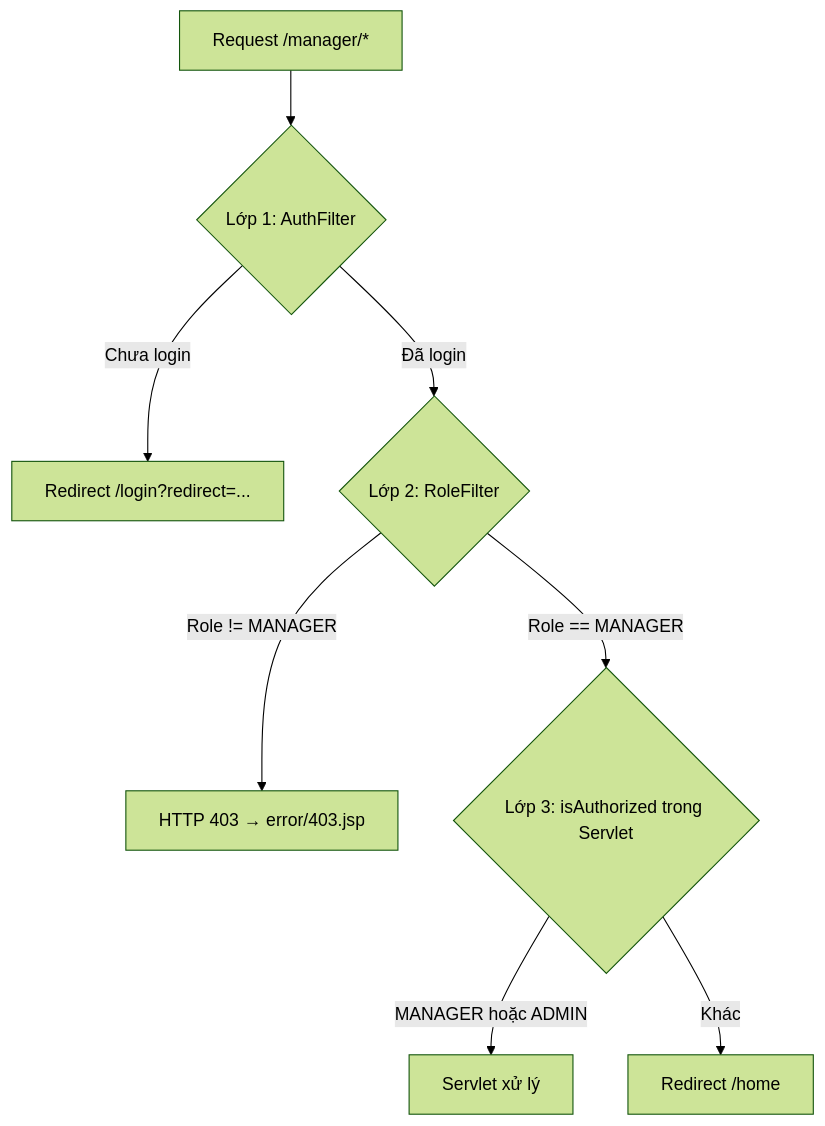
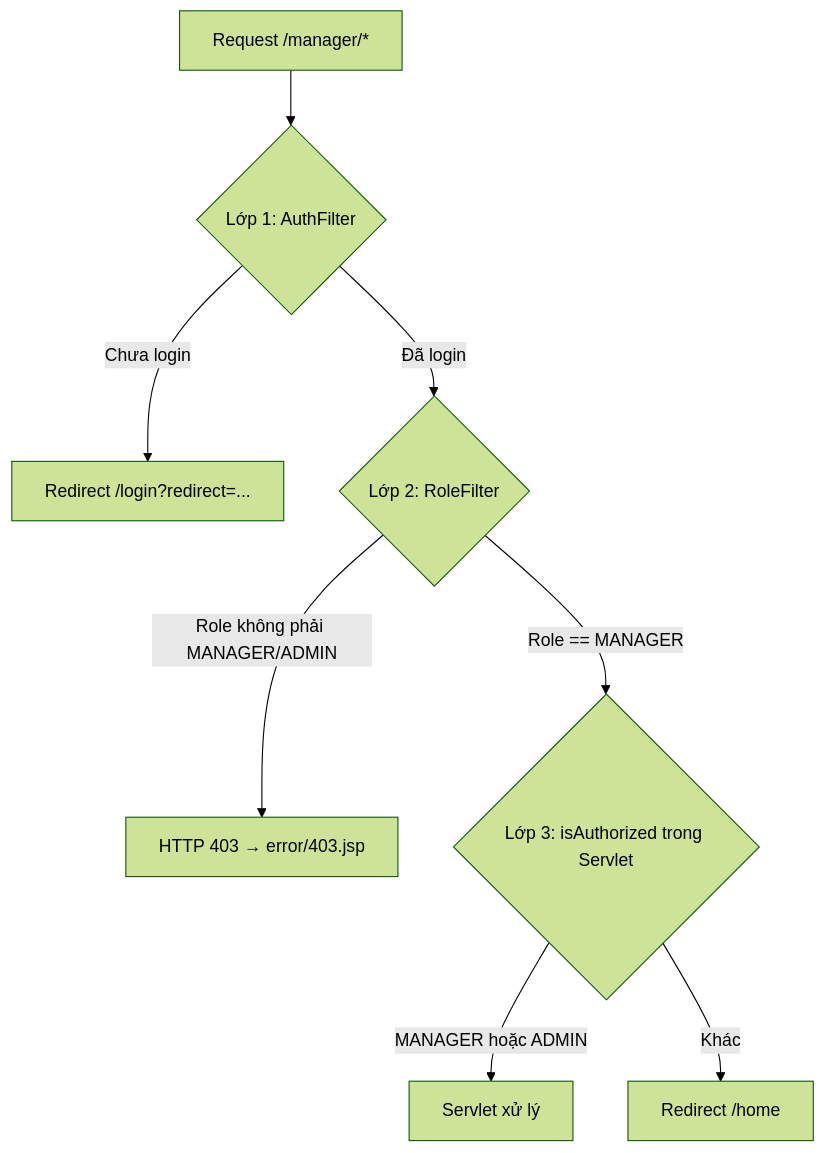
One commit to khiem1301/MovieTicketBookingSystem changed the first of 3 diagrams in MANAGER_MODULE_DETAIL.md. Above: the diagram before and after it, drawn with Mermaid (forest theme). The commit also changed other lines of this file and 25 other files, not shown here.

````diff
--- a/MANAGER_MODULE_DETAIL.md
+++ b/MANAGER_MODULE_DETAIL.md
@@ -156,10 +157,10 @@
 ```mermaid
 flowchart TD
     A[Request /manager/*] --> B{Lớp 1: AuthFilter}
     B -->|Chưa login| C[Redirect /login?redirect=...]
     B -->|Đã login| D{Lớp 2: RoleFilter}
-    D -->|Role != MANAGER| E[HTTP 403 → error/403.jsp]
+    D -->|Role không phải MANAGER/ADMIN| E[HTTP 403 → error/403.jsp]
     D -->|Role == MANAGER| F{Lớp 3: isAuthorized trong Servlet}
     F -->|MANAGER hoặc ADMIN| G[Servlet xử lý]
     F -->|Khác| H[Redirect /home]
 ```
````
